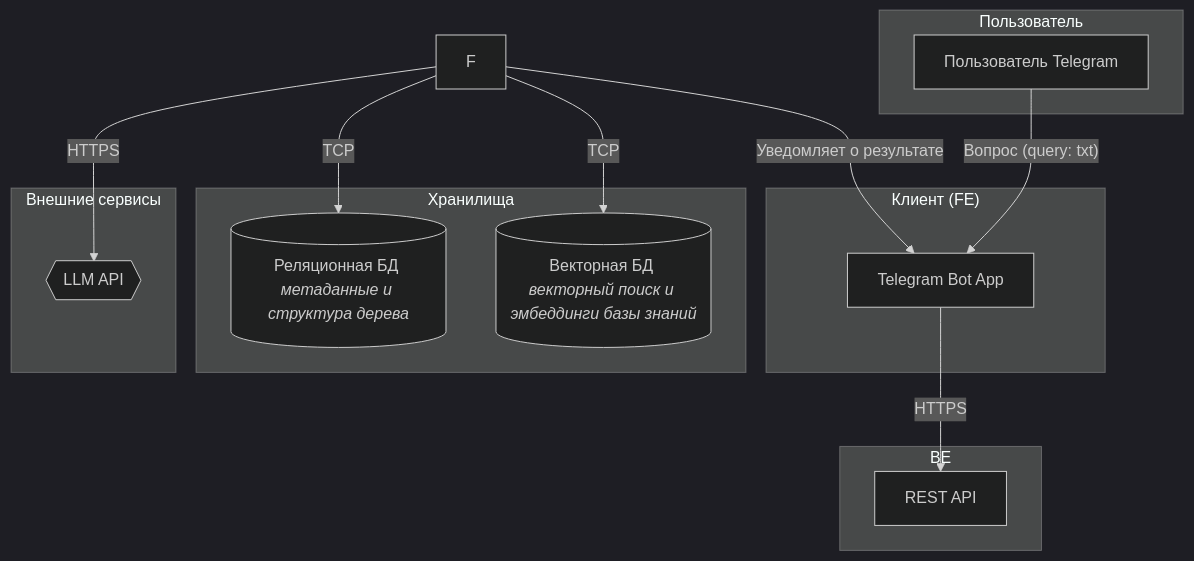
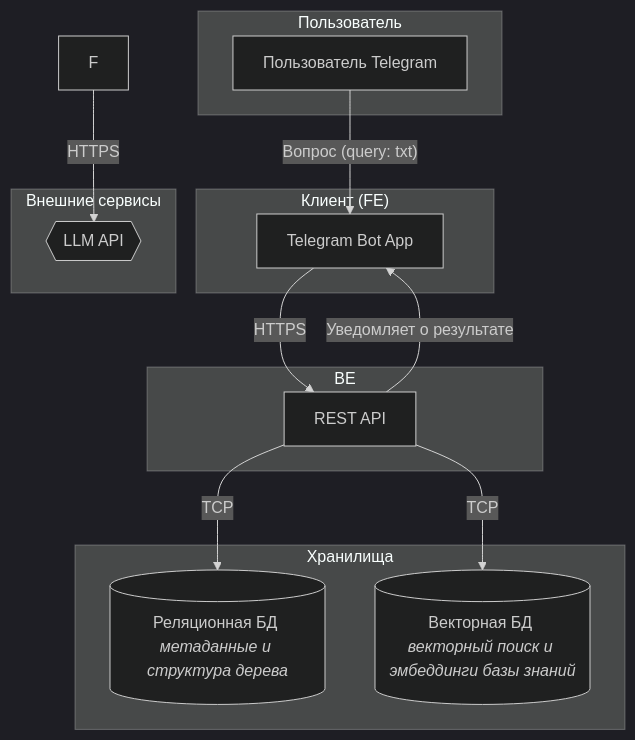
The diagram in Анастасия_Друзьянова/architect.MD (patolog123/Analyst-3.0), drawn with Mermaid (dark theme) before and after one commit.

````diff
--- a/Анастасия_Друзьянова/architect.MD
+++ b/Анастасия_Друзьянова/architect.MD
@@ -1,31 +1,31 @@
 ```mermaid
 graph TD
     subgraph "Пользователь"
         A[Пользователь Telegram]
     end
 
     subgraph "Клиент (FE)"
         B[Telegram Bot App]
     end
 
     subgraph "BE"
         C[REST API]
     end
 
     subgraph "Хранилища"
         G[(Реляционная БД <br><i>метаданные и структура дерева</i>)]
         I[(Векторная БД <br><i>векторный поиск и эмбеддинги базы знаний</i>)]
     end
 
     subgraph "Внешние сервисы"
         H{{LLM API}}
     end
 
     %% Связи между компонентами
     A -- Вопрос (query: txt) --> B
     B -- HTTPS --> C
     F -- HTTPS --> H
-    F -- TCP --> G
-    F -- TCP --> I
-    F -- Уведомляет о результате --> B
+    C -- TCP --> G
+    C -- TCP --> I
+    C -- Уведомляет о результате --> B
 ```
````
